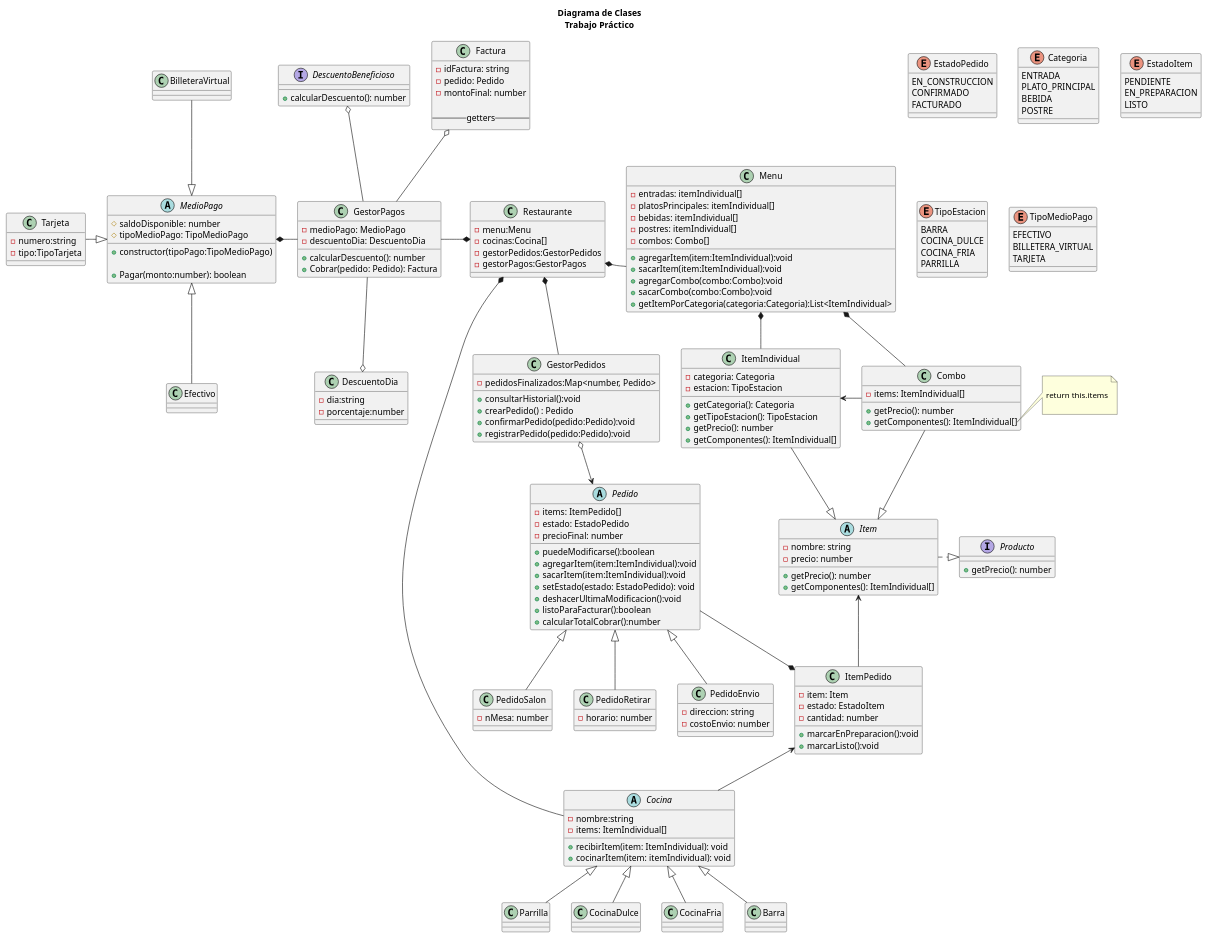
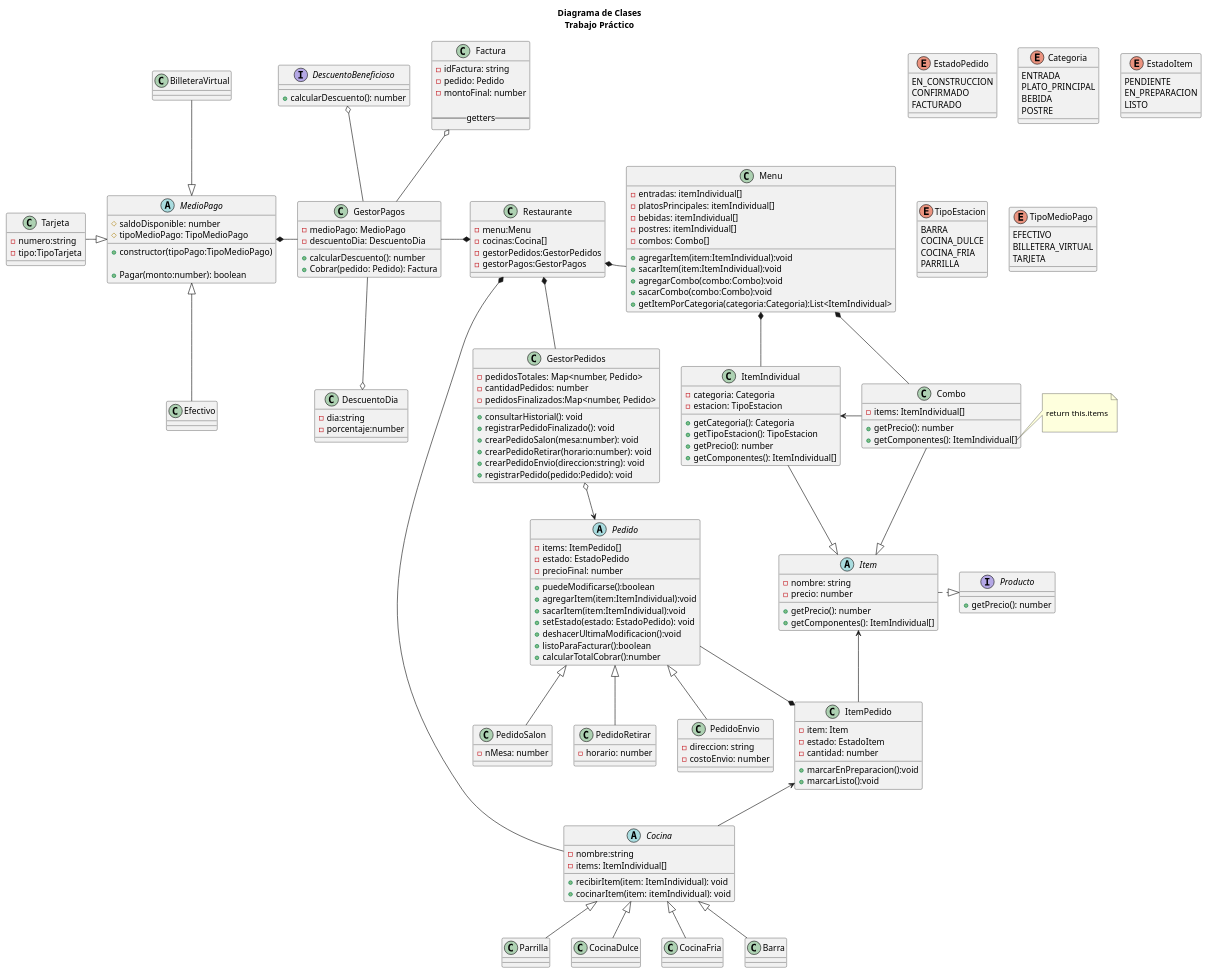
One commit to crstian8819/tp-grupo-11 changed the diagram in diagrama/diagrama.puml. Above: the diagram before and after it, drawn with PlantUML. The commit also changed 1 other file, not shown here.

Commit message:
Actualización en Diagrama.

```diff
--- a/diagrama/diagrama.puml
+++ b/diagrama/diagrama.puml
@@ -198,13 +198,18 @@
     '-------------------- Gestor de Pedidos ------------------------
 
     class GestorPedidos{
+        -pedidosTotales: Map<number, Pedido>
+        -cantidadPedidos: number
         -pedidosFinalizados:Map<number, Pedido>
 
-        +consultarHistorial():void
-        +crearPedido() : Pedido
-        +confirmarPedido(pedido:Pedido):void
-        +registrarPedido(pedido:Pedido):void
+        +consultarHistorial(): void
+        +registrarPedidoFinalizado(): void
+        +crearPedidoSalon(mesa:number): void
+        +crearPedidoRetirar(horario:number): void
+        +crearPedidoEnvio(direccion:string): void
+        +registrarPedido(pedido:Pedido): void
     }
+        '+confirmarPedido(pedido:Pedido): void
 
     '-------------------- RELACIONES ------------------------
 
```
